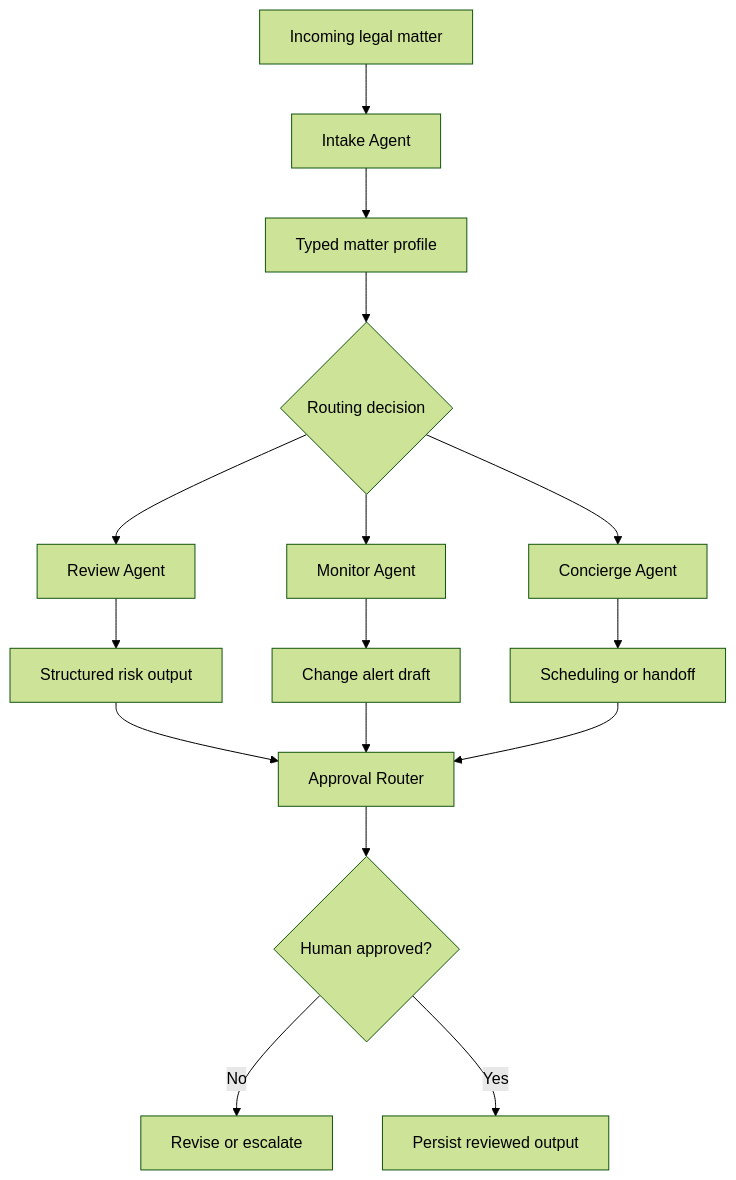
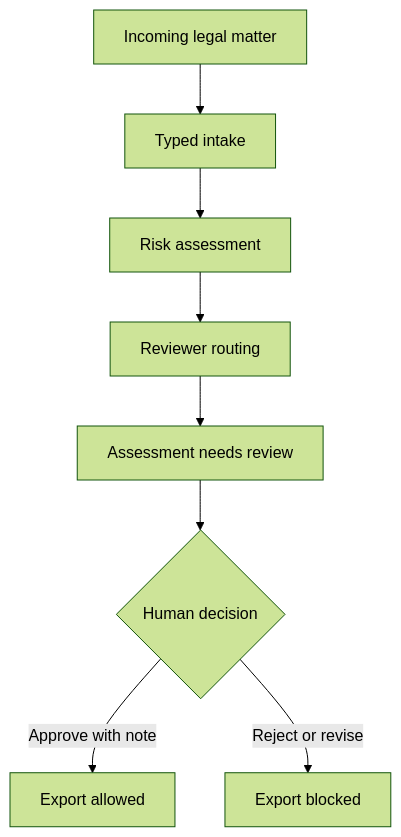
Before and after one commit to sebastianfoerste/legal-ops-agent: the diagram in README.md, drawn with Mermaid (forest theme). The commit also changed other lines of this file and 70 other files, not shown here.

Commit message:
Refocus public repo on supervised legal ops agent

````diff
--- a/README.md
+++ b/README.md
@@ -36,18 +17,10 @@
 ```mermaid
 flowchart TD
-  A[Incoming legal matter] --> B[Intake Agent]
-  B --> C[Typed matter profile]
-  C --> D{Routing decision}
-  D --> E[Review Agent]
-  D --> F[Monitor Agent]
-  D --> G[Concierge Agent]
-  E --> H[Structured risk output]
-  F --> I[Change alert draft]
-  G --> J[Scheduling or handoff]
-  H --> K[Approval Router]
-  I --> K
-  J --> K
-  K --> L{Human approved?}
-  L -- No --> M[Revise or escalate]
-  L -- Yes --> N[Persist reviewed output]
+  A[Incoming legal matter] --> B[Typed intake]
+  B --> C[Risk assessment]
+  C --> D[Reviewer routing]
+  D --> E[Assessment needs review]
+  E --> F{Human decision}
+  F -->|Approve with note| G[Export allowed]
+  F -->|Reject or revise| H[Export blocked]
 ```
````
